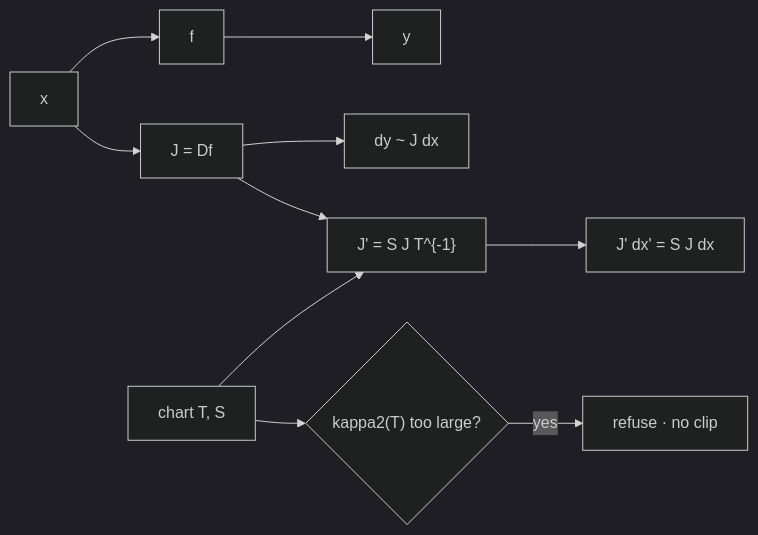
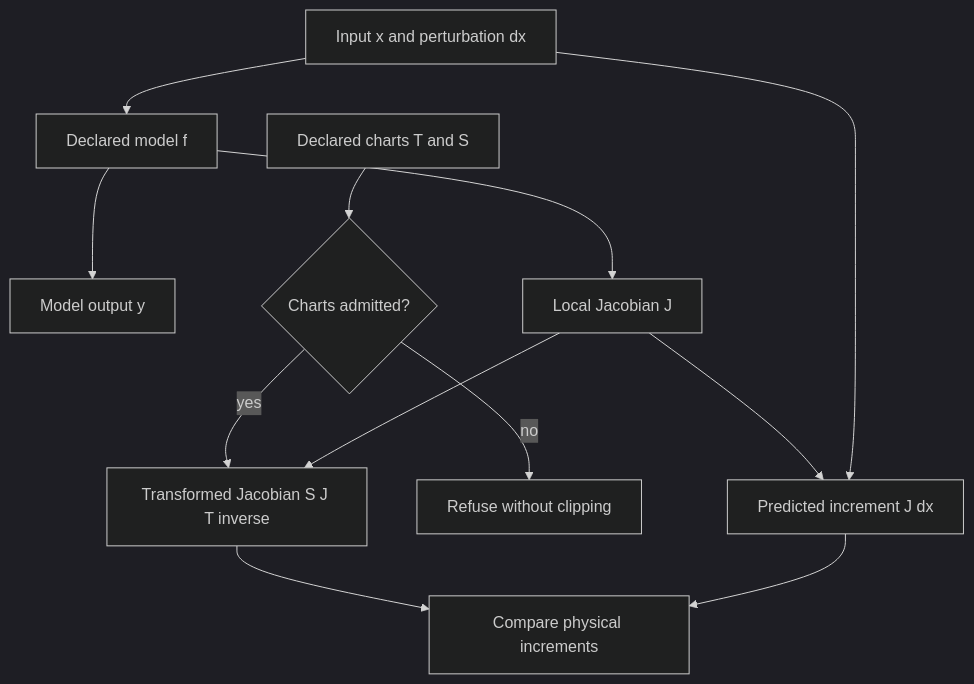
The diagram in README.md (giasonpooni/Engineering-Design-Workbench), drawn with Mermaid (dark theme) before and after one commit. The commit also changed other lines of this file and 1 other file, not shown here.

Commit message:
docs: add instrument workflow and numerical boundary diagrams

````diff
--- a/README.md
+++ b/README.md
@@ -22,12 +22,14 @@
 ```mermaid
-flowchart LR
-  X["x"] --> F["f"]
-  F --> Y["y"]
-  X --> J["J = Df"]
-  J --> DY["dy ~ J dx"]
-  T["chart T, S"] --> JP["J' = S J T^{-1}"]
+flowchart TD
+X["Input x and perturbation dx"] --> F["Declared model f"]
+  F --> Y["Model output y"]
+  F --> J["Local Jacobian J"]
+  J --> DY["Predicted increment J dx"]
+  X --> DY
+  T["Declared charts T and S"] --> G{"Charts admitted?"}
+  G -->|"no"| R["Refuse without clipping"]
+  G -->|"yes"| JP["Transformed Jacobian S J T inverse"]
   J --> JP
-  JP --> Phys["J' dx' = S J dx"]
-  Cond{"kappa2(T) too large?"} -->|yes| Refuse["refuse · no clip"]
-  T --> Cond
+  JP --> C["Compare physical increments"]
+  DY --> C
 ```
````
